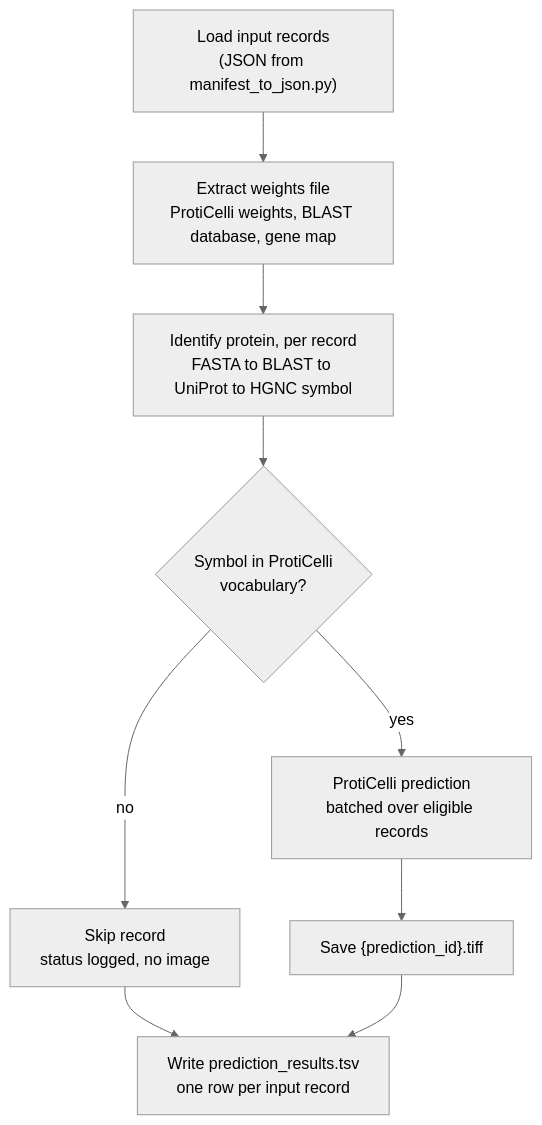
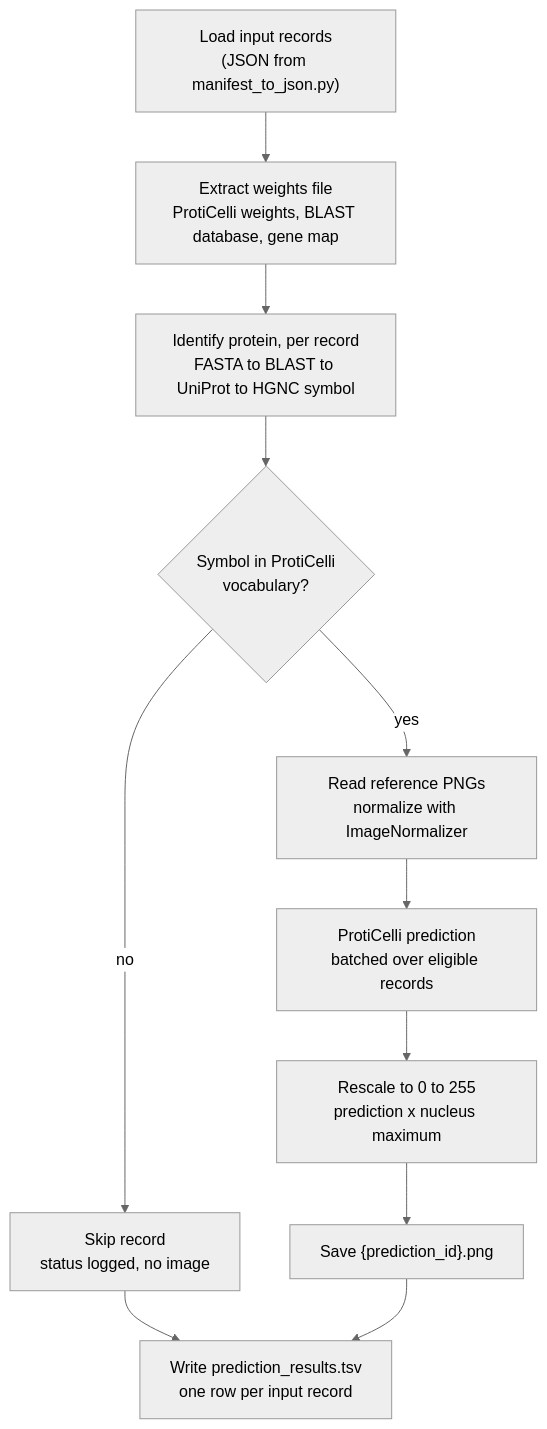
One commit to cm4ai-anvil-dream-challenge/blast-proticelli changed the diagram in README.md. Above: the diagram before and after it, drawn with Mermaid (neutral theme). The commit also changed other lines of this file and 4 other files, not shown here.

First line of the commit message:
Docs: README, worked example and protein_predictor docstring for PNG and upstream ProtiCelli

````diff
--- a/README.md
+++ b/README.md
@@ -12,11 +12,13 @@
 ```mermaid
 flowchart TD
     A["Load input records<br/>(JSON from manifest_to_json.py)"] --> B["Extract weights file<br/>ProtiCelli weights, BLAST database, gene map"]
     B --> C["Identify protein, per record<br/>FASTA to BLAST to UniProt to HGNC symbol"]
     C --> D{"Symbol in ProtiCelli<br/>vocabulary?"}
     D -- no --> E["Skip record<br/>status logged, no image"]
-    D -- yes --> F["ProtiCelli prediction<br/>batched over eligible records"]
-    F --> G["Save {prediction_id}.tiff"]
+    D -- yes --> N["Read reference PNGs<br/>normalize with ImageNormalizer"]
+    N --> F["ProtiCelli prediction<br/>batched over eligible records"]
+    F --> R["Rescale to 0 to 255<br/>prediction x nucleus maximum"]
+    R --> G["Save {prediction_id}.png"]
     E --> H["Write prediction_results.tsv<br/>one row per input record"]
     G --> H
 ```
````
